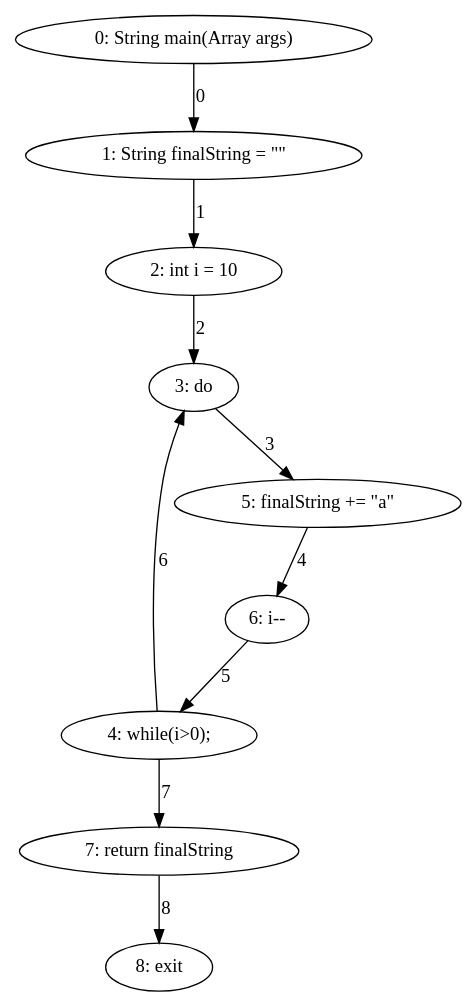
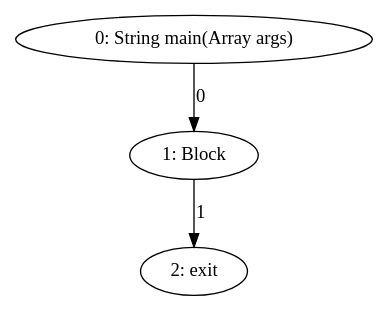
The diagram in export/dowhile_example_cfg.dot (DominguesGM/comp_astanalyze), drawn with Graphviz before and after one commit. The commit also changed 35 other files, not shown here.

```diff
--- a/export/dowhile_example_cfg.dot
+++ b/export/dowhile_example_cfg.dot
@@ -1,20 +1,7 @@
 digraph G {
   1 [ label="0: String main(Array args)" ];
-  2 [ label="1: String finalString = \"\"" ];
-  3 [ label="2: int i = 10" ];
-  4 [ label="4: while(i>0);" ];
-  5 [ label="3: do" ];
-  6 [ label="5: finalString += \"a\"" ];
-  7 [ label="6: i--" ];
-  8 [ label="7: return finalString" ];
-  9 [ label="8: exit" ];
+  2 [ label="1: Block" ];
+  3 [ label="2: exit" ];
   1 -> 2 [ label="0" ];
   2 -> 3 [ label="1" ];
-  3 -> 5 [ label="2" ];
-  5 -> 6 [ label="3" ];
-  6 -> 7 [ label="4" ];
-  7 -> 4 [ label="5" ];
-  4 -> 5 [ label="6" ];
-  4 -> 8 [ label="7" ];
-  8 -> 9 [ label="8" ];
 }
```
